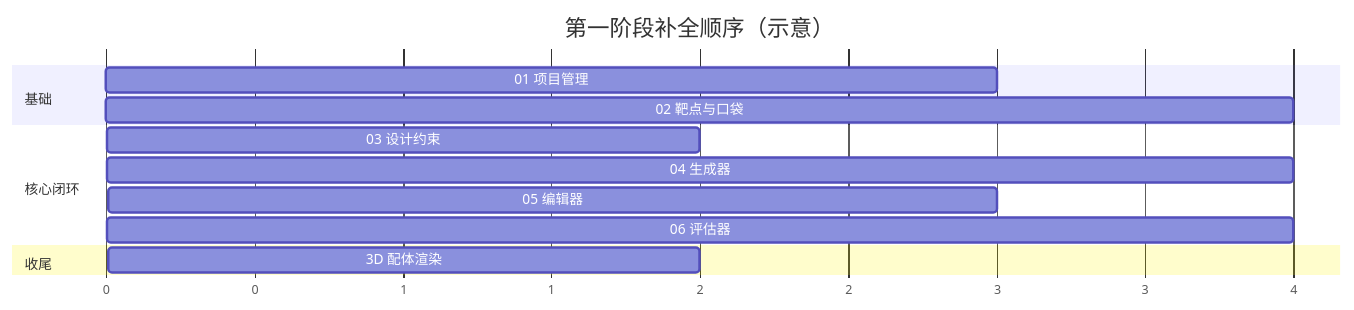
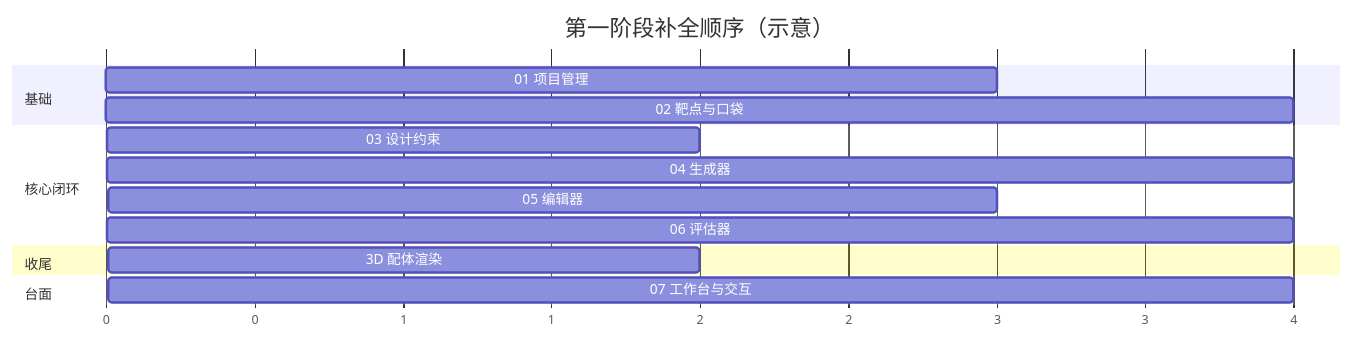
The sixth of 6 diagrams in docs/modules/design/00-总览与架构分工.md (Ljz4777/SynPharm), drawn with Mermaid before and after one commit. The commit also changed other lines of this file and 1 other file, not shown here.

````diff
--- a/docs/modules/design/00-总览与架构分工.md
+++ b/docs/modules/design/00-总览与架构分工.md
@@ -298,16 +374,18 @@
 ```mermaid
 gantt
     title 第一阶段补全顺序（示意）
     dateFormat X
     axisFormat %s
     section 基础
     01 项目管理        :a1, 0, 3
     02 靶点与口袋      :a2, 1, 4
     section 核心闭环
     03 设计约束        :b1, 3, 2
     04 生成器          :b2, 4, 4
     05 编辑器          :b3, 7, 3
     06 评估器          :b4, 6, 4
     section 收尾
     3D 配体渲染        :c1, 9, 2
+    section 台面
+    07 工作台与交互    :d1, 10, 4
 ```
````
